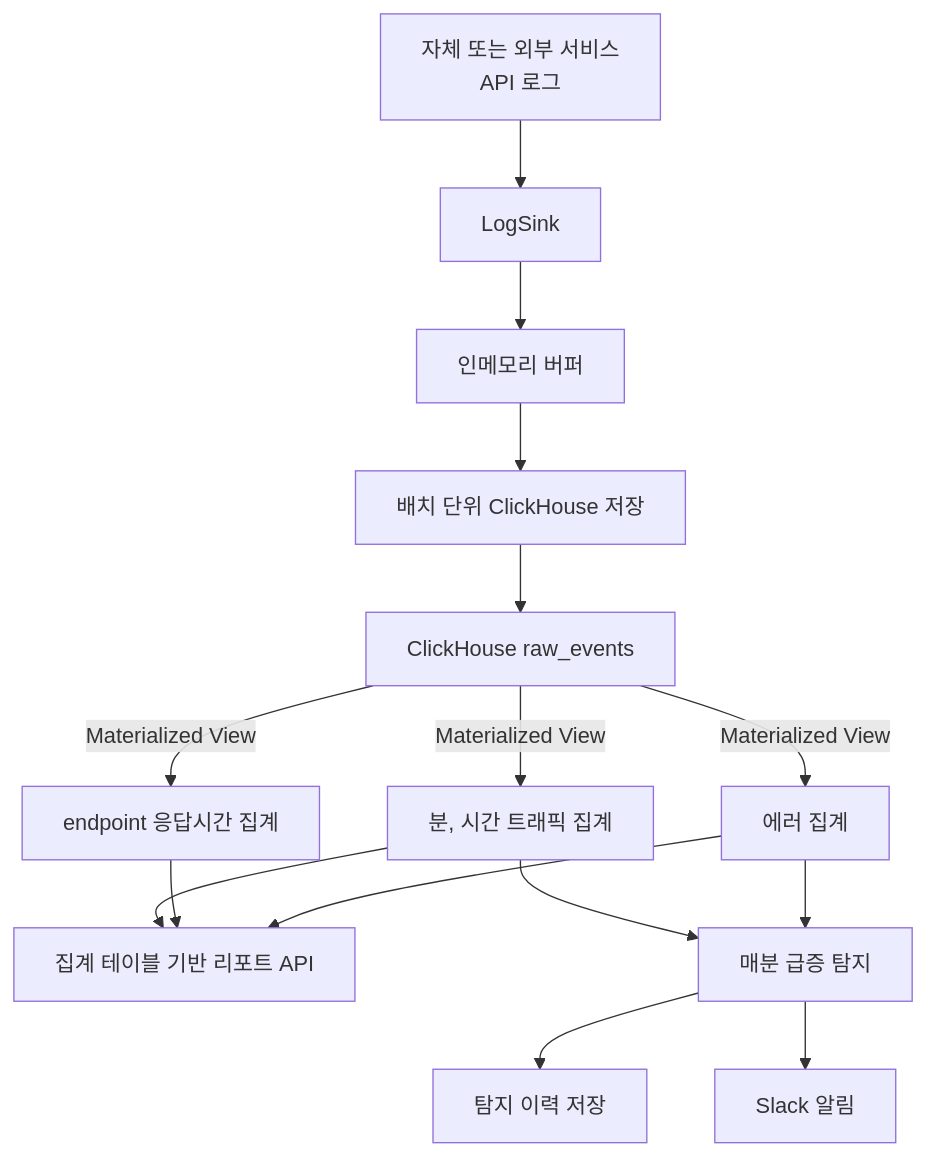
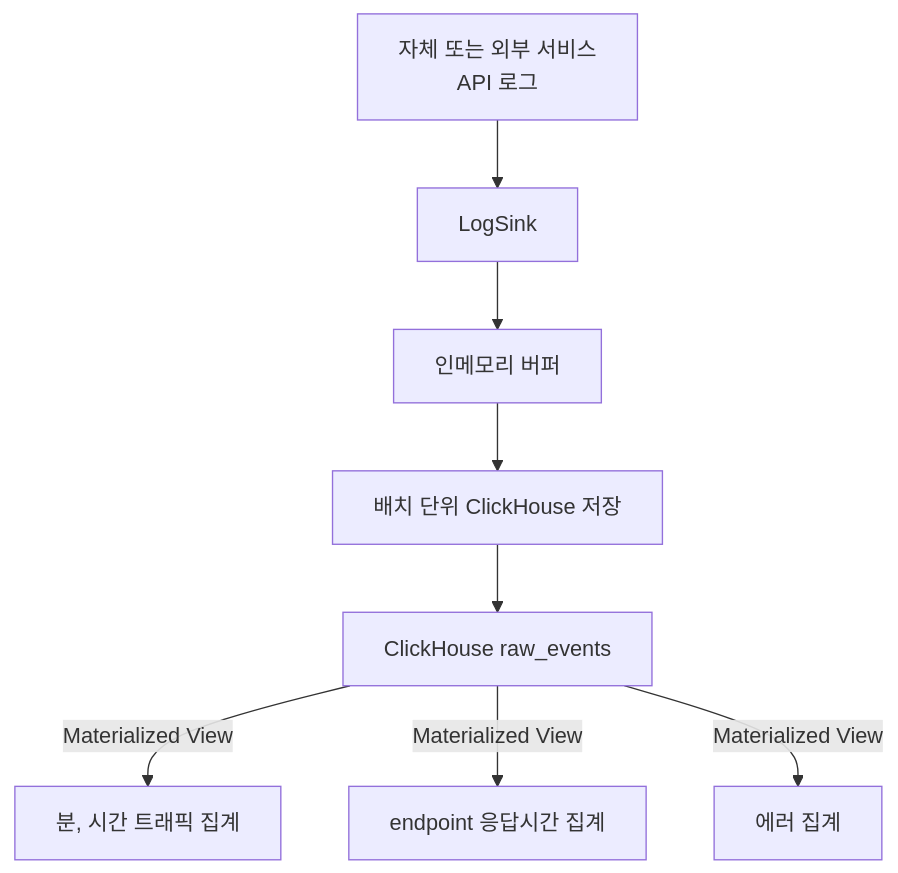
Before and after one commit to KimHG1995/work-history: the first of 2 diagrams in projects/loglens/mvp.md, drawn with Mermaid. The commit also changed other lines of this file and 9 other files, not shown here.

Commit message:
docs: 공개 Mermaid 흐름을 단계별로 나눠 가독성 개선

````diff
--- a/projects/loglens/mvp.md
+++ b/projects/loglens/mvp.md
@@ -86,17 +88,19 @@
 ```mermaid
-flowchart TD
-    service["자체 또는 외부 서비스<br/>API 로그"] --> sink["LogSink"]
-    sink --> buffer["인메모리 버퍼"]
-    buffer --> batch["배치 단위 ClickHouse 저장"]
-    batch --> raw["ClickHouse raw_events"]
-    raw -->|Materialized View| traffic["분, 시간 트래픽 집계"]
-    raw -->|Materialized View| latency["endpoint 응답시간 집계"]
-    raw -->|Materialized View| error["에러 집계"]
-    traffic --> report["집계 테이블 기반 리포트 API"]
-    latency --> report
-    error --> report
-    traffic --> detect["매분 급증 탐지"]
-    error --> detect
-    detect --> history["탐지 이력 저장"]
-    detect --> slack["Slack 알림"]
+flowchart TB
+    service["자체 또는 외부 서비스<br/>API 로그"]
+    sink["LogSink"]
+    buffer["인메모리 버퍼"]
+    batch["배치 단위 ClickHouse 저장"]
+    raw["ClickHouse raw_events"]
+    traffic["분, 시간 트래픽 집계"]
+    latency["endpoint 응답시간 집계"]
+    error["에러 집계"]
+
+    service --> sink
+    sink --> buffer
+    buffer --> batch
+    batch --> raw
+    raw -->|Materialized View| traffic
+    raw -->|Materialized View| latency
+    raw -->|Materialized View| error
 ```
````
